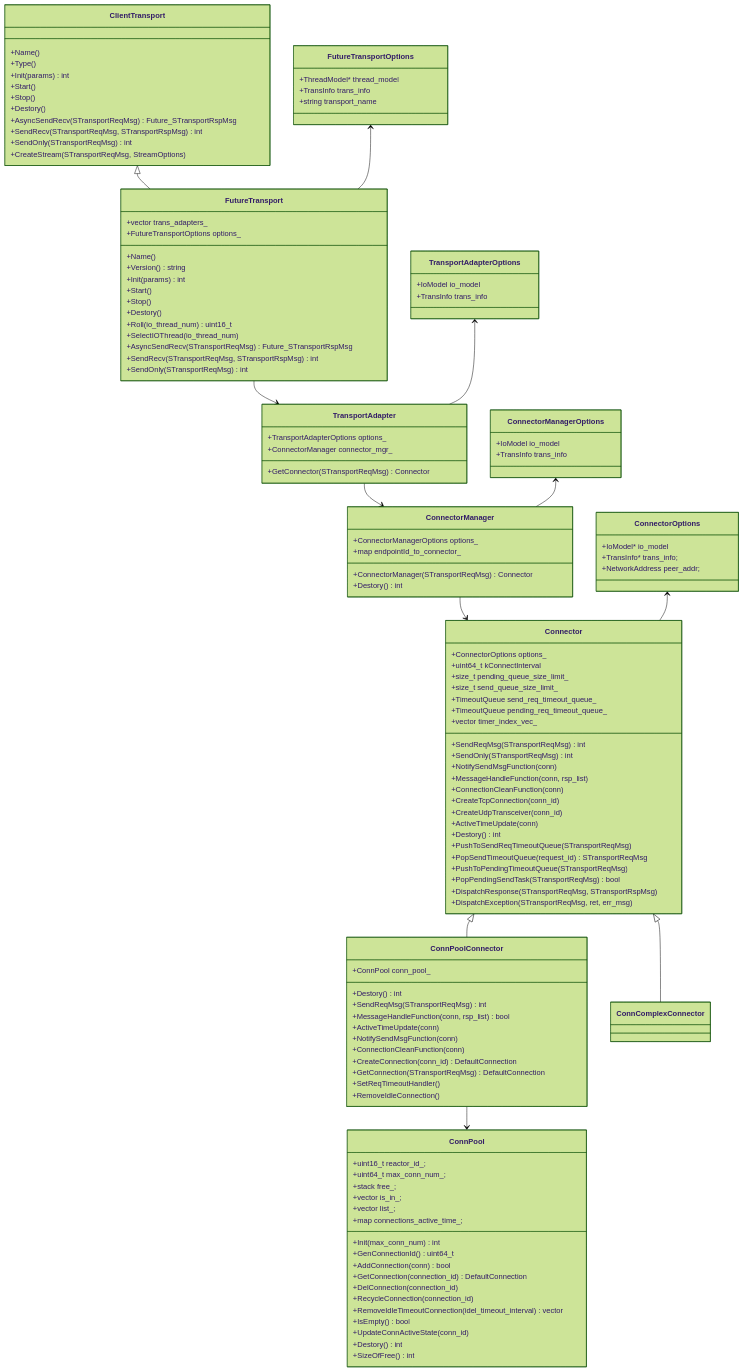
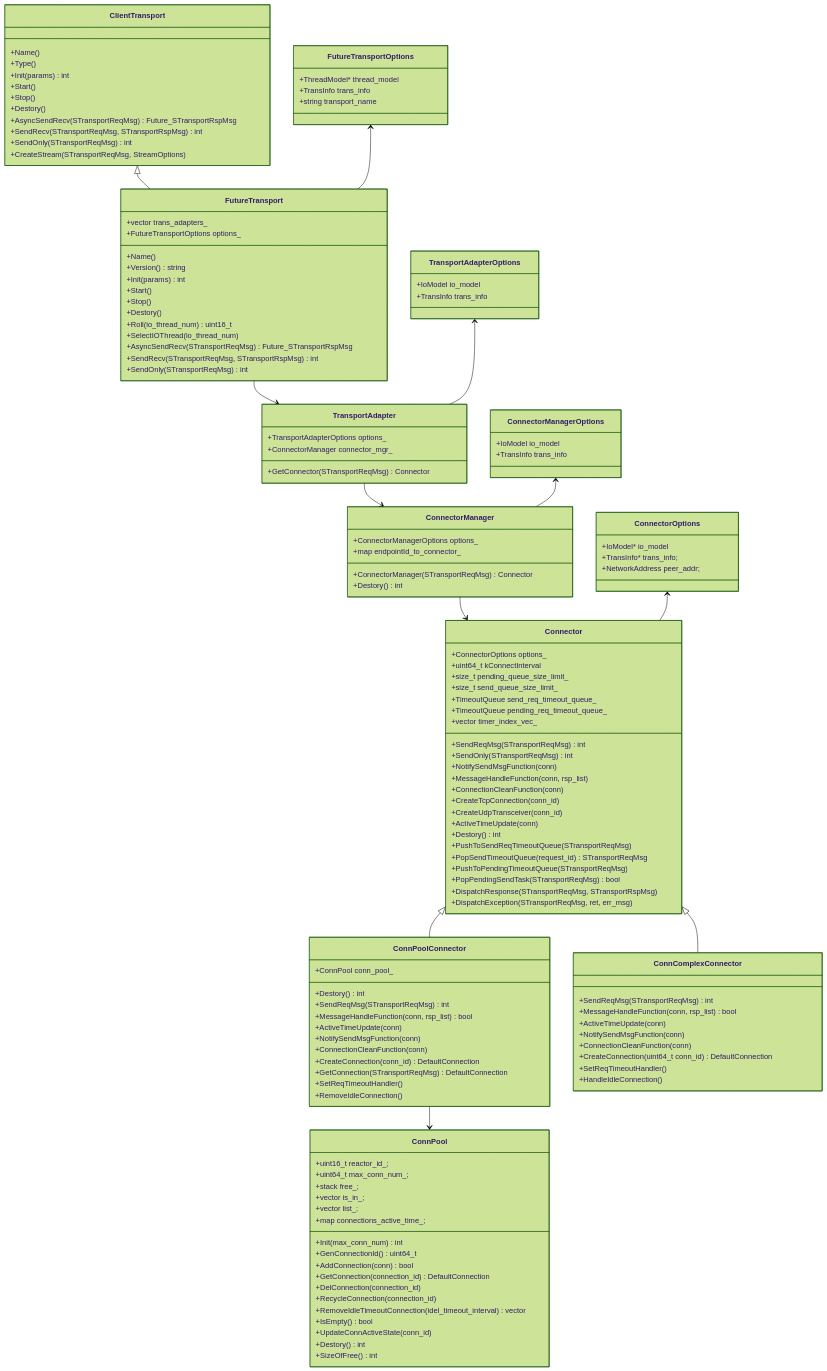
One commit to lsj9383/blog changed the diagram in posts/xrpc/xrpc-transport/client-transport.md. Above: the diagram before and after it, drawn with Mermaid (forest theme). The commit also changed other lines of this file, not shown here.

```diff
--- a/posts/xrpc/xrpc-transport/client-transport.md
+++ b/posts/xrpc/xrpc-transport/client-transport.md
@@ -157,7 +157,14 @@
 }
 
 class ConnComplexConnector {
-  
+  +SendReqMsg(STransportReqMsg) int
+  +MessageHandleFunction(conn, rsp_list) bool
+  +ActiveTimeUpdate(conn)
+  +NotifySendMsgFunction(conn)
+  +ConnectionCleanFunction(conn)
+  +CreateConnection(uint64_t conn_id) DefaultConnection
+  +SetReqTimeoutHandler()
+  +HandleIdleConnection()
 }
 
 class ConnPool {
```
